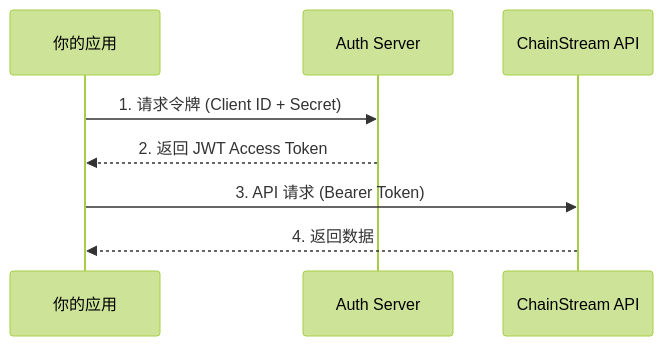
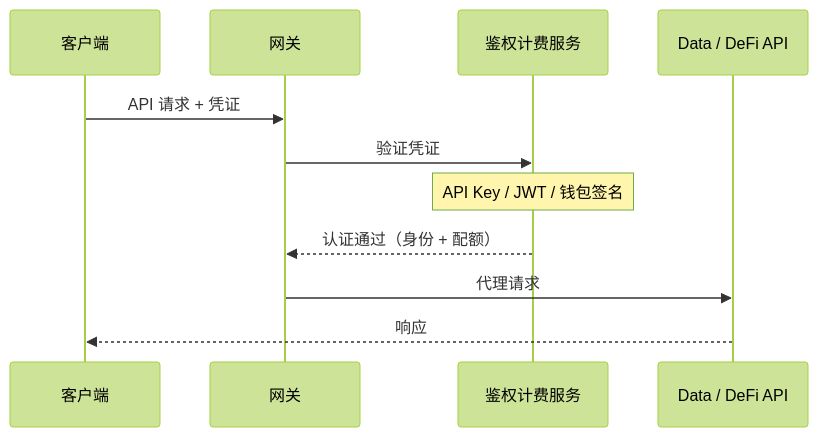
The diagram in cn/guides/getting-started/authentication.mdx (chainstream-io/docs), drawn with Mermaid (forest theme) before and after one commit. The commit also changed other lines of this file and 110 other files, not shown here.

First line of the commit message:
update & add graphql module

````diff
--- a/cn/guides/getting-started/authentication.mdx
+++ b/cn/guides/getting-started/authentication.mdx
@@ -11,11 +11,14 @@
 ```mermaid
 sequenceDiagram
-    participant App as 你的应用
-    participant Auth as Auth Server
-    participant API as ChainStream API
-    
-    App->>Auth: 1. 请求令牌 (Client ID + Secret)
-    Auth-->>App: 2. 返回 JWT Access Token
-    App->>API: 3. API 请求 (Bearer Token)
-    API-->>App: 4. 返回数据
+    participant Client as 客户端
+    participant GW as 网关
+    participant Auth as 鉴权计费服务
+    participant Backend as Data / DeFi API
+
+    Client->>GW: API 请求 + 凭证
+    GW->>Auth: 验证凭证
+    Note over Auth: API Key / JWT / 钱包签名
+    Auth-->>GW: 认证通过（身份 + 配额）
+    GW->>Backend: 代理请求
+    Backend-->>Client: 响应
 ```
````
